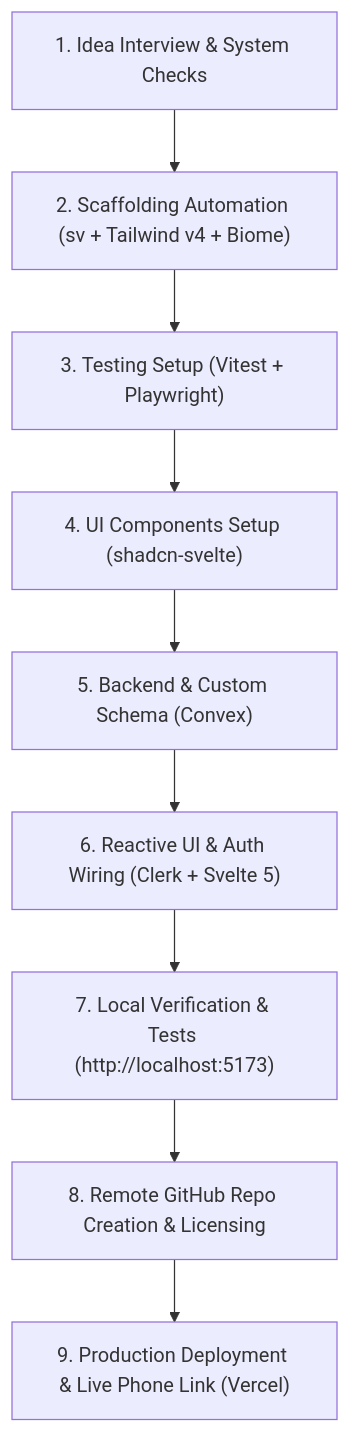
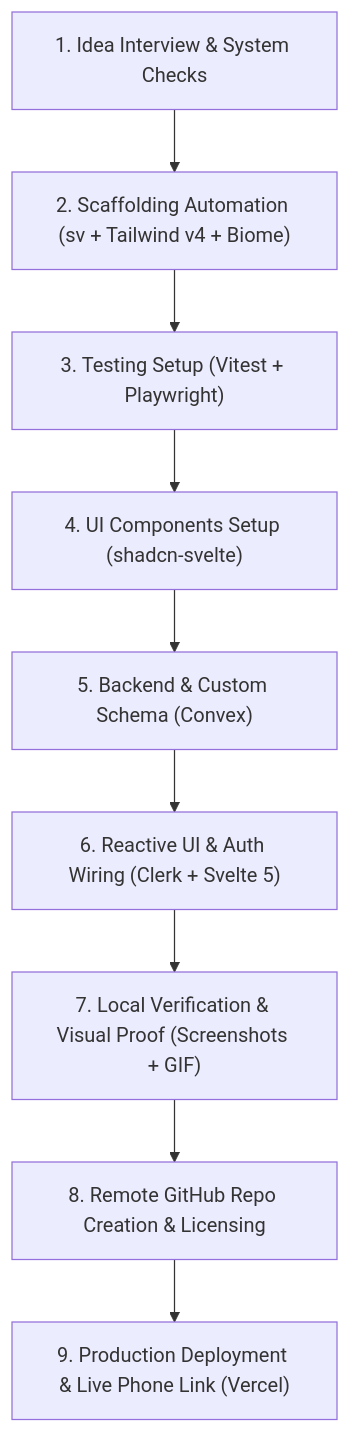
Before and after one commit to brychanrobot/overskill: the diagram in skills/sveltekit-convex-clerk/SKILL.md, drawn with Mermaid. The commit also changed other lines of this file and 3 other files, not shown here.

````diff
--- a/skills/sveltekit-convex-clerk/SKILL.md
+++ b/skills/sveltekit-convex-clerk/SKILL.md
@@ -58,11 +58,11 @@
 ```mermaid
 flowchart TD
     S1["1. Idea Interview & System Checks"] --> S2["2. Scaffolding Automation (sv + Tailwind v4 + Biome)"]
     S2 --> S3["3. Testing Setup (Vitest + Playwright)"]
     S3 --> S4["4. UI Components Setup (shadcn-svelte)"]
     S4 --> S5["5. Backend & Custom Schema (Convex)"]
     S5 --> S6["6. Reactive UI & Auth Wiring (Clerk + Svelte 5)"]
-    S6 --> S7["7. Local Verification & Tests (http://localhost:5173)"]
+    S6 --> S7["7. Local Verification & Visual Proof (Screenshots + GIF)"]
     S7 --> S8["8. Remote GitHub Repo Creation & Licensing"]
     S8 --> S9["9. Production Deployment & Live Phone Link (Vercel)"]
 ```
````
